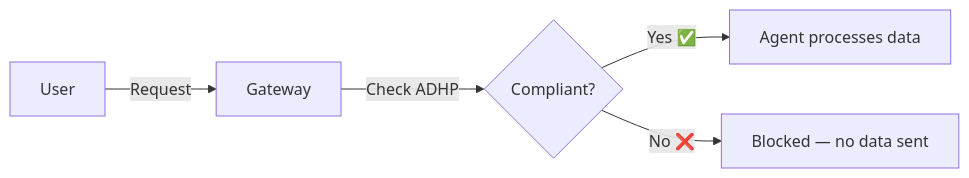
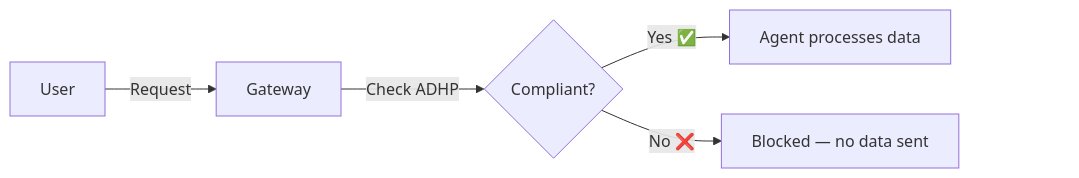
The second of 4 diagrams in README.md (StevenJohnson998/agent-data-handling-policy), drawn with Mermaid before and after one commit. The commit also changed other lines of this file, not shown here.

Commit message:
fix visual bug on flowcharts

````diff
--- a/README.md
+++ b/README.md
@@ -38,7 +40,9 @@
 ```mermaid
 flowchart LR
     User -->|Request| Gateway
     Gateway -->|Check ADHP| Decision{Compliant?}
     Decision -->|Yes ✅| Agent[Agent processes data]
     Decision -->|No ❌| Block[Blocked — no data sent]
+    Agent ~~~ S[ ]
+    style S fill:none,stroke:none
 ```
````
